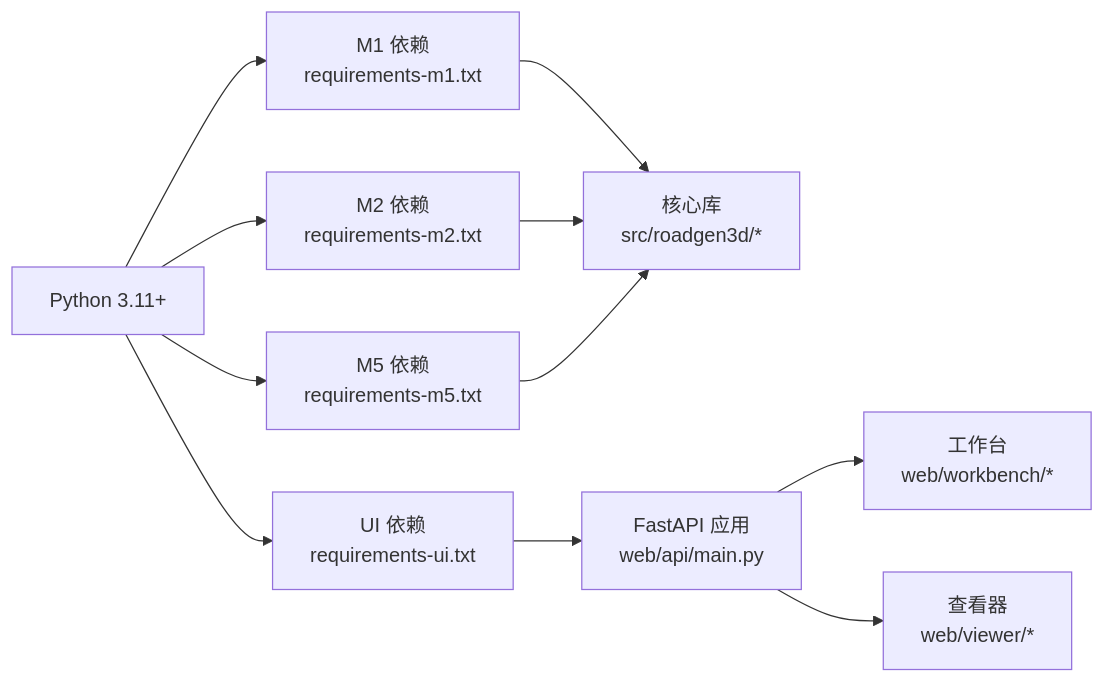
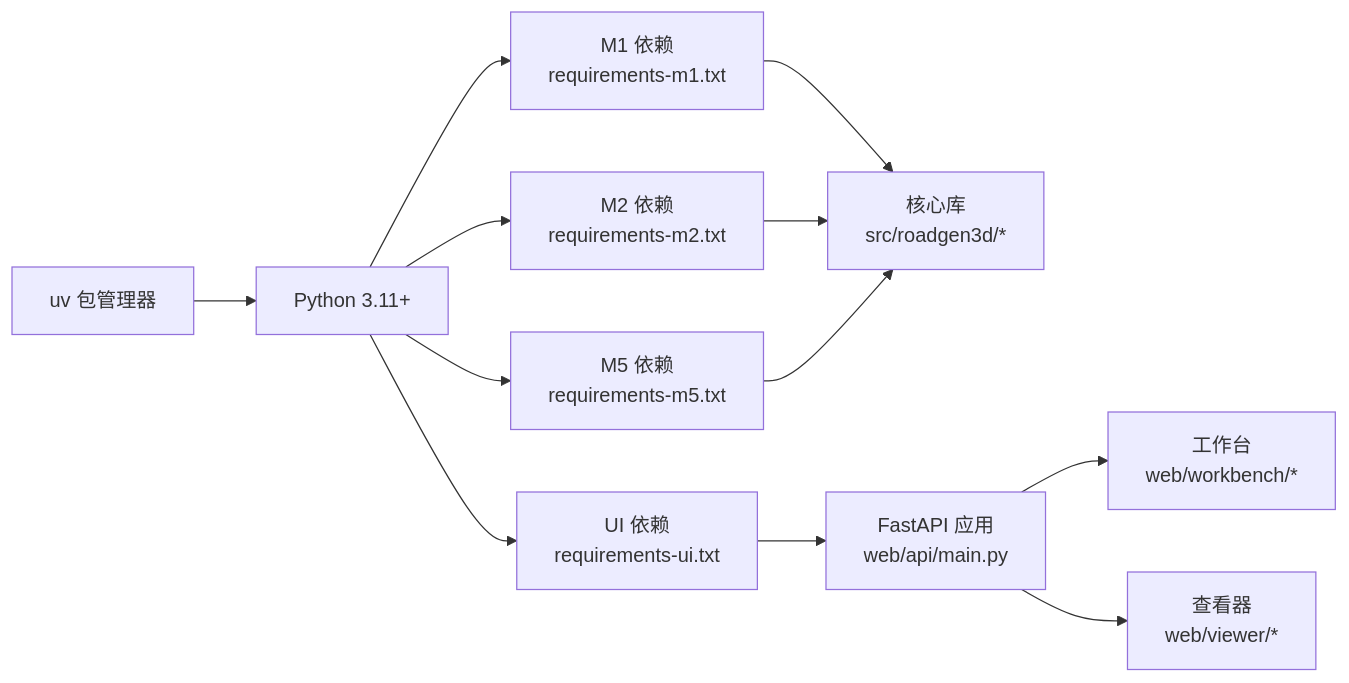
The fifth of 5 diagrams in .qoder/repowiki/zh/content/开发者指南/开发者指南.md (wsqstar/RoadGen3D), drawn with Mermaid before and after one commit. The commit also changed other lines of this file and 4 other files, not shown here.

````diff
--- a/.qoder/repowiki/zh/content/开发者指南/开发者指南.md
+++ b/.qoder/repowiki/zh/content/开发者指南/开发者指南.md
@@ -350,13 +379,14 @@
 ```mermaid
 graph LR
-PY["Python 3.11+"] --> M1["M1 依赖<br/>requirements-m1.txt"]
+UV["uv 包管理器"] --> PY["Python 3.11+"]
+PY --> M1["M1 依赖<br/>requirements-m1.txt"]
 PY --> M2["M2 依赖<br/>requirements-m2.txt"]
 PY --> M5["M5 依赖<br/>requirements-m5.txt"]
 PY --> UI["UI 依赖<br/>requirements-ui.txt"]
 M1 --> CORE["核心库<br/>src/roadgen3d/*"]
 M2 --> CORE
 M5 --> CORE
 UI --> API["FastAPI 应用<br/>web/api/main.py"]
 API --> WB["工作台<br/>web/workbench/*"]
 API --> VIEW["查看器<br/>web/viewer/*"]
 ```
````
